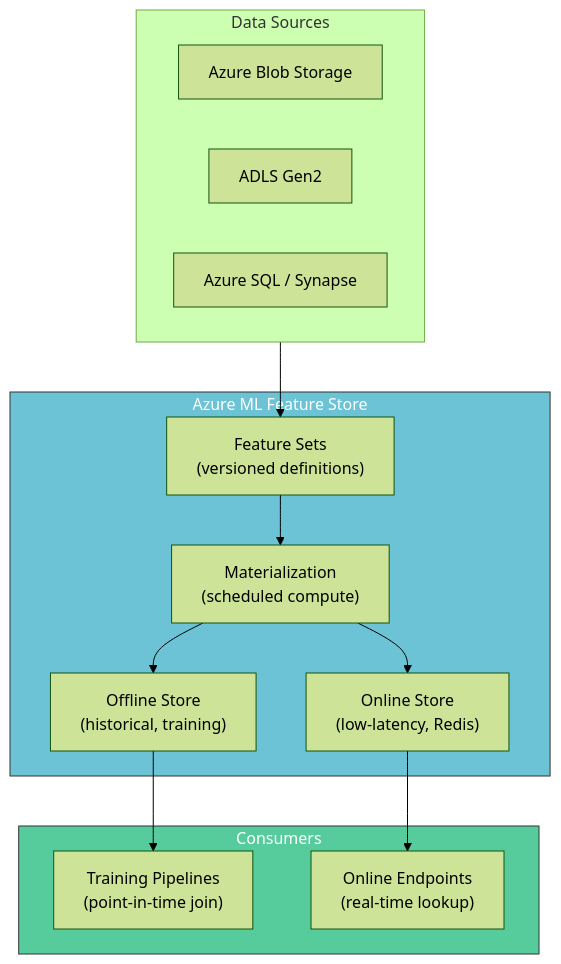
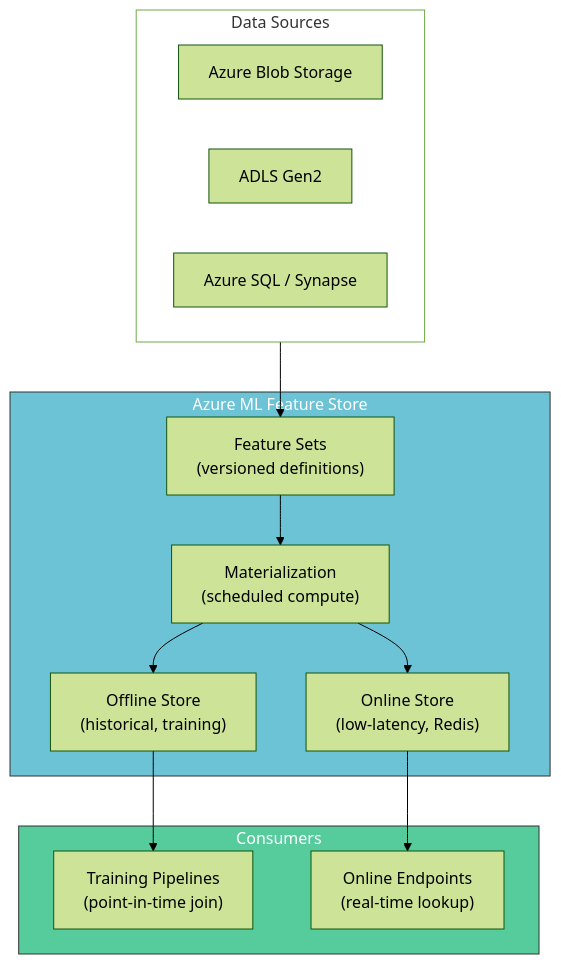
Before and after one commit to tanquangduong/tanquangduong.github.io: the seventh of 10 diagrams in posts/aiops-interview/MLOps-Interview-QA-2.qmd, drawn with Mermaid (forest theme). The commit also changed other lines of this file and 204 other files, not shown here.

````diff
--- a/posts/aiops-interview/MLOps-Interview-QA-2.qmd
+++ b/posts/aiops-interview/MLOps-Interview-QA-2.qmd
@@ -594,30 +600,32 @@
 ```{mermaid}
 graph TD
+    linkStyle default stroke:#000,color:#000
     subgraph Sources["Data Sources"]
         BLOB["Azure Blob Storage"]
         ADLS["ADLS Gen2"]
         SQL["Azure SQL / Synapse"]
     end
 
     subgraph FeatureStore["Azure ML Feature Store"]
         FSET["Feature Sets<br/>(versioned definitions)"]
         MAT["Materialization<br/>(scheduled compute)"]
         OFFLINE["Offline Store<br/>(historical, training)"]
         ONLINE["Online Store<br/>(low-latency, Redis)"]
     end
 
     subgraph Consumers["Consumers"]
         TRAINING["Training Pipelines<br/>(point-in-time join)"]
         SERVING["Online Endpoints<br/>(real-time lookup)"]
     end
 
     Sources --> FSET
     FSET --> MAT
     MAT --> OFFLINE
     MAT --> ONLINE
     OFFLINE --> TRAINING
     ONLINE --> SERVING
 
     style FeatureStore fill:#6cc3d5,stroke:#333,color:#fff
     style Consumers fill:#56cc9d,stroke:#333,color:#fff
+    style Sources fill:#fff
 ```
````
